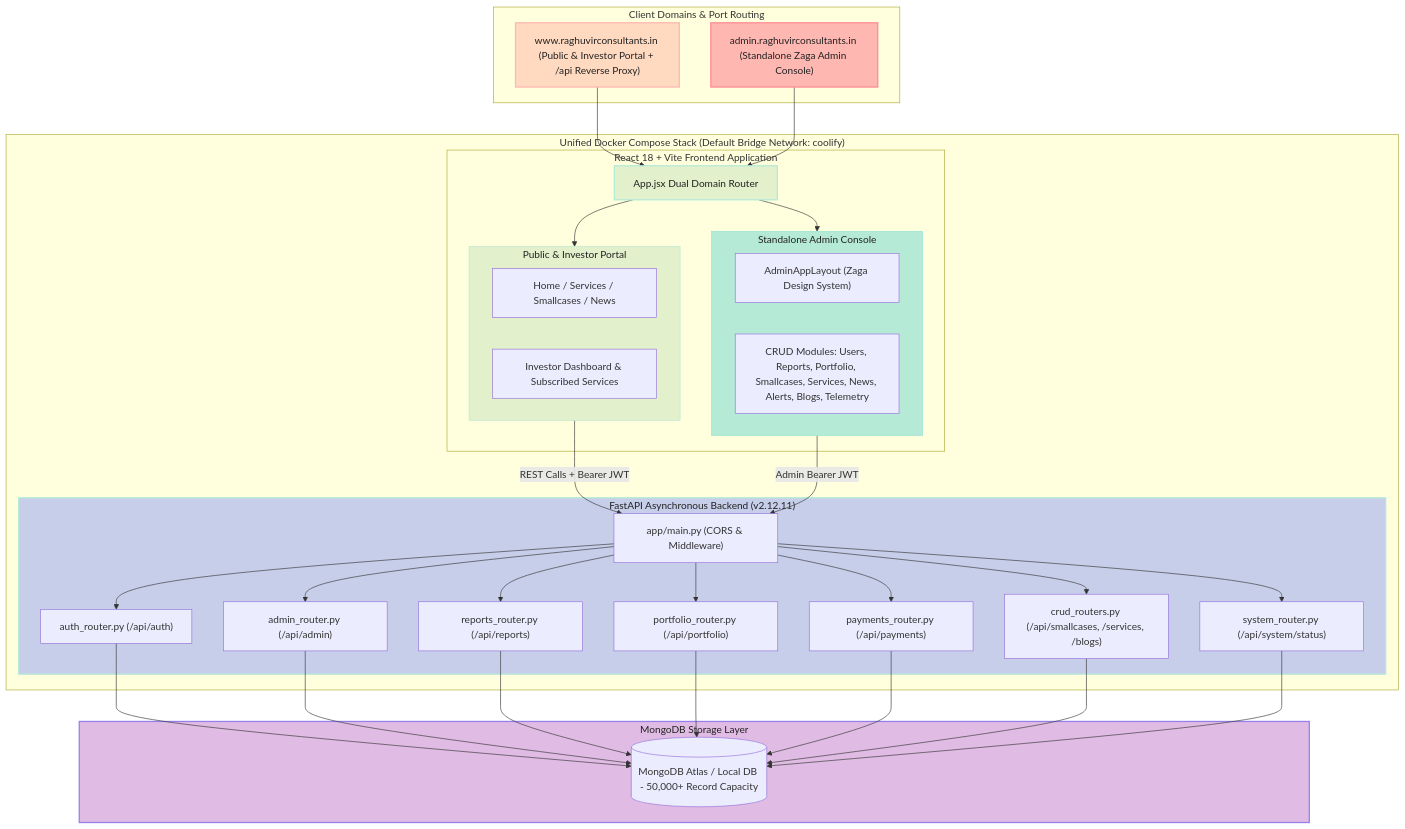
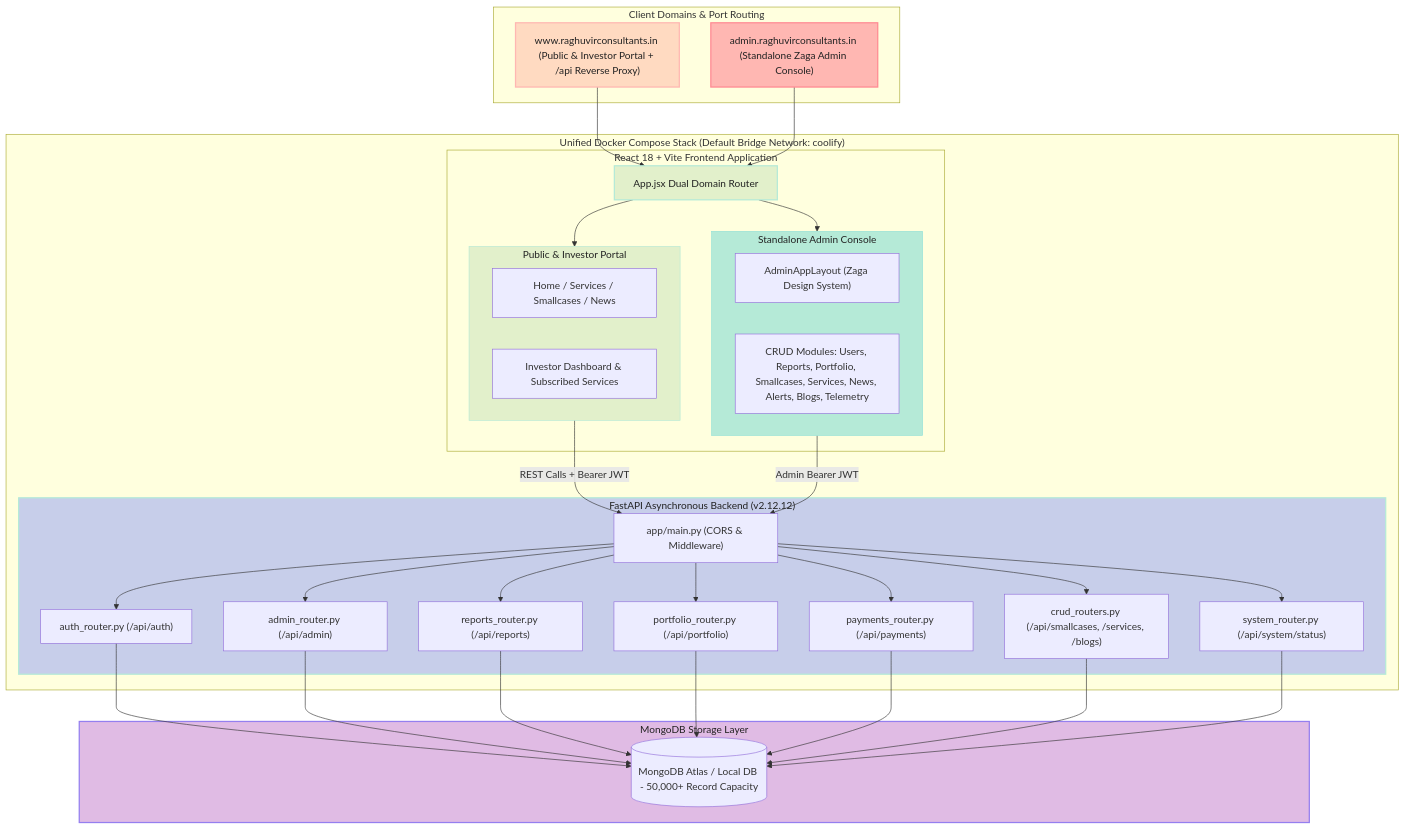
Before and after one commit to tejasrsuthar/raghuvirconsultants-site: the first of 2 diagrams in backend/docs/ARCHITECTURE.md, drawn with Mermaid. The commit also changed other lines of this file and 13 other files, not shown here.

````diff
--- a/backend/docs/ARCHITECTURE.md
+++ b/backend/docs/ARCHITECTURE.md
@@ -14,72 +14,72 @@
 ```mermaid
 graph TD
     subgraph ClientDomains["Client Domains & Port Routing"]
         PublicDomain["www.raghuvirconsultants.in (Public & Investor Portal + /api Reverse Proxy)"]
         AdminDomain["admin.raghuvirconsultants.in (Standalone Zaga Admin Console)"]
     end
 
     subgraph ComposeStack["Unified Docker Compose Stack (Default Bridge Network: coolify)"]
         subgraph ReactFrontend["React 18 + Vite Frontend Application"]
             AppRouter["App.jsx Dual Domain Router"]
             
             subgraph PublicPortal["Public & Investor Portal"]
               PublicViews["Home / Services / Smallcases / News"]
               InvestorPortal["Investor Dashboard & Subscribed Services"]
             end
 
             subgraph ZagaAdmin["Standalone Admin Console"]
               AdminLayout["AdminAppLayout (Zaga Design System)"]
               AdminModules["CRUD Modules: Users, Reports, Portfolio, Smallcases, Services, News, Alerts, Blogs, Telemetry"]
             end
         end
 
-        subgraph FastAPIServer["FastAPI Asynchronous Backend (v2.12.11)"]
+        subgraph FastAPIServer["FastAPI Asynchronous Backend (v2.12.12)"]
             API["app/main.py (CORS & Middleware)"]
             AuthRouter["auth_router.py (/api/auth)"]
             AdminRouter["admin_router.py (/api/admin)"]
             ReportsRouter["reports_router.py (/api/reports)"]
             PortfolioRouter["portfolio_router.py (/api/portfolio)"]
             PaymentsRouter["payments_router.py (/api/payments)"]
             CRUDRouters["crud_routers.py (/api/smallcases, /services, /blogs)"]
             SystemRouter["system_router.py (/api/system/status)"]
         end
     end
 
     subgraph DataStore["MongoDB Storage Layer"]
         MongoDB[(MongoDB Atlas / Local DB - 50,000+ Record Capacity)]
     end
 
     PublicDomain --> AppRouter
     AdminDomain --> AppRouter
 
     AppRouter --> PublicPortal
     AppRouter --> ZagaAdmin
 
     PublicPortal -->|REST Calls + Bearer JWT| API
     ZagaAdmin -->|Admin Bearer JWT| API
 
     API --> AuthRouter
     API --> AdminRouter
     API --> ReportsRouter
     API --> PortfolioRouter
     API --> PaymentsRouter
     API --> CRUDRouters
     API --> SystemRouter
 
     AuthRouter --> MongoDB
     AdminRouter --> MongoDB
     ReportsRouter --> MongoDB
     PortfolioRouter --> MongoDB
     PaymentsRouter --> MongoDB
     CRUDRouters --> MongoDB
     SystemRouter --> MongoDB
 
     %% Pastel Color Palette Styling
     style PublicDomain fill:#FFDAC1,stroke:#FFB7B2,stroke-width:2px,color:#222;
     style AdminDomain fill:#FFB7B2,stroke:#FF8B94,stroke-width:2px,color:#222;
     style AppRouter fill:#E2F0CB,stroke:#B5EAD7,stroke-width:2px,color:#222;
     style PublicPortal fill:#E2F0CB,stroke:#B5EAD7,stroke-width:1px,color:#222;
     style ZagaAdmin fill:#B5EAD7,stroke:#93E1D8,stroke-width:1px,color:#222;
     style FastAPIServer fill:#C7CEEA,stroke:#B5EAD7,stroke-width:2px,color:#222;
     style DataStore fill:#E0BBE4,stroke:#957FEF,stroke-width:2px,color:#222;
 ```
````
